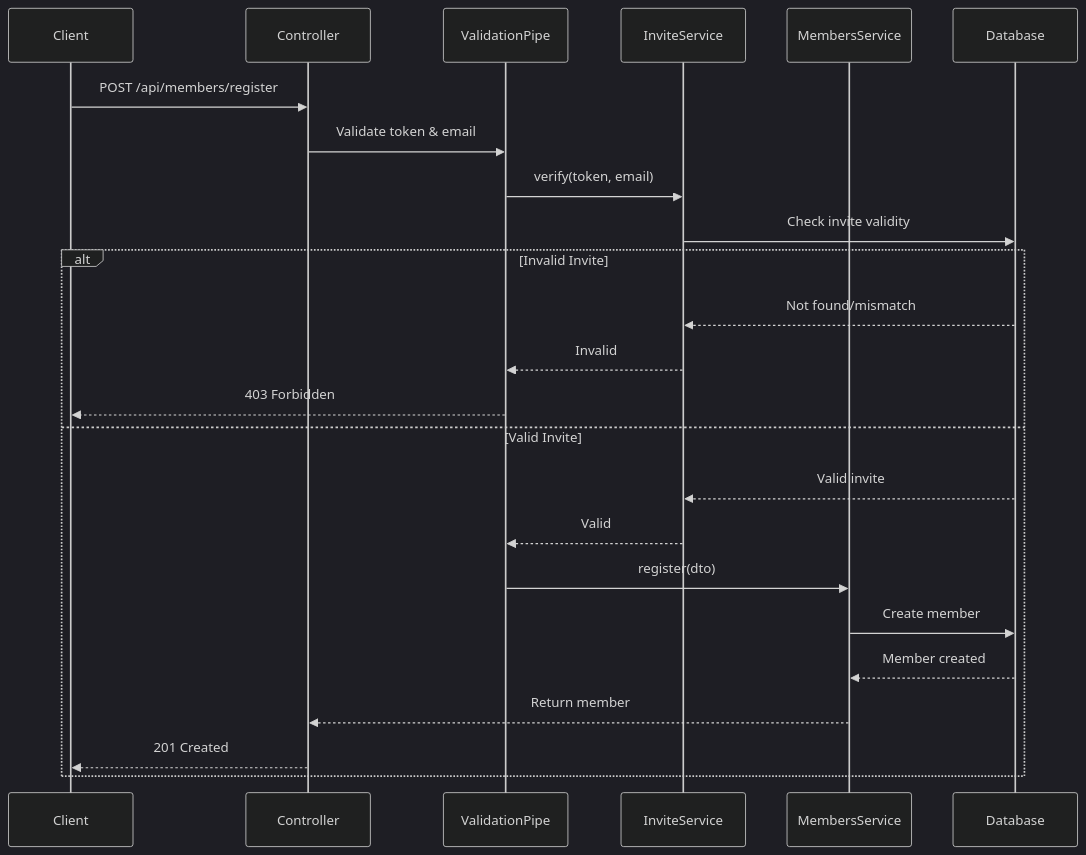
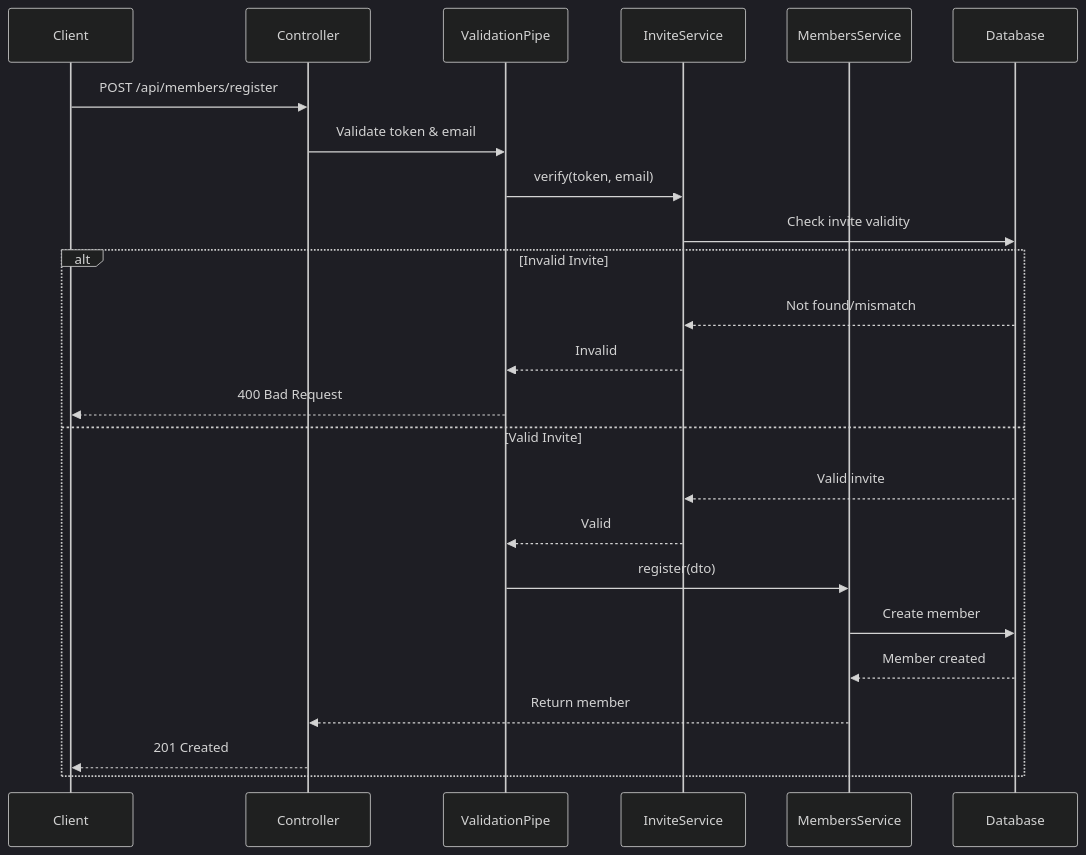
One commit to ivan-shalimov/community changed the second of 3 diagrams in community-web-api/src/modules/members/readme.md. Above: the diagram before and after it, drawn with Mermaid (dark theme). The commit also changed other lines of this file and 1 other file, not shown here.

````diff
--- a/community-web-api/src/modules/members/readme.md
+++ b/community-web-api/src/modules/members/readme.md
@@ -84,28 +84,28 @@
 ```mermaid
 sequenceDiagram
     participant Client
     participant Controller
     participant ValidationPipe
     participant InviteService
     participant MembersService
     participant Database
 
     Client->>Controller: POST /api/members/register
     Controller->>ValidationPipe: Validate token & email
     ValidationPipe->>InviteService: verify(token, email)
     InviteService->>Database: Check invite validity
     
     alt Invalid Invite
         Database-->>InviteService: Not found/mismatch
         InviteService-->>ValidationPipe: Invalid
-        ValidationPipe-->>Client: 403 Forbidden
+        ValidationPipe-->>Client: 400 Bad Request
     else Valid Invite
         Database-->>InviteService: Valid invite
         InviteService-->>ValidationPipe: Valid
         ValidationPipe->>MembersService: register(dto)
         MembersService->>Database: Create member
         Database-->>MembersService: Member created
         MembersService-->>Controller: Return member
         Controller-->>Client: 201 Created
     end
 ```
````
